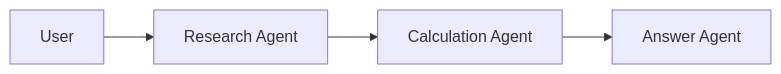
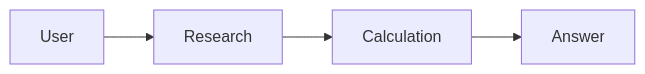
Before and after one commit to ykubota-dev/ai-agent-tutorial: the fourth of 15 diagrams in docs/08_multi_agent.md, drawn with Mermaid. The commit also changed other lines of this file and 1 other file, not shown here.

````diff
--- a/docs/08_multi_agent.md
+++ b/docs/08_multi_agent.md
@@ -197,14 +118,14 @@
 ```mermaid
 flowchart LR
     USER["User"]
 
-    RESEARCH["Research Agent"]
+    RESEARCH["Research"]
 
-    CALC["Calculation Agent"]
+    CALC["Calculation"]
 
-    ANSWER["Answer Agent"]
+    ANSWER["Answer"]
 
     USER --> RESEARCH
     RESEARCH --> CALC
     CALC --> ANSWER
 ```
````
